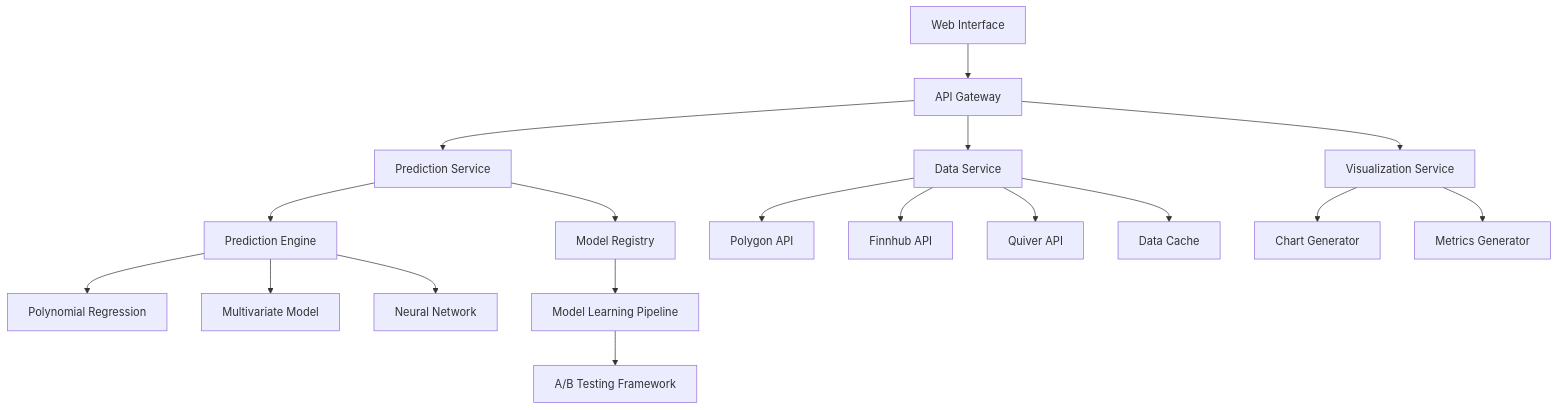
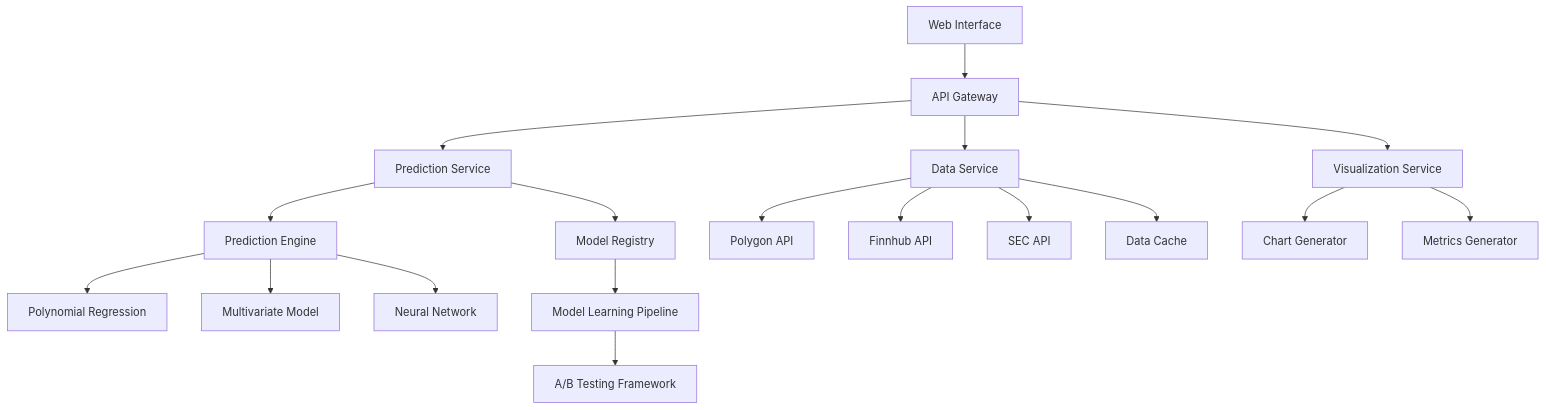
The diagram in .kiro/specs/stock-price-predictor/design.md (Dpope32/ANFA), drawn with Mermaid before and after one commit. The commit also changed other lines of this file and 14 other files, not shown here.

Commit message:
Refactor: Update Docker configurations and documentation to replace Quiver API with SEC API; adjust environment variables and health checks accordingly.

````diff
--- a/.kiro/specs/stock-price-predictor/design.md
+++ b/.kiro/specs/stock-price-predictor/design.md
@@ -17,25 +17,25 @@
 ```mermaid
 graph TB
     UI[Web Interface] --> API[API Gateway]
     API --> PS[Prediction Service]
     API --> DS[Data Service]
     API --> VS[Visualization Service]
 
     PS --> MR[Model Registry]
     PS --> PE[Prediction Engine]
 
     DS --> PG[Polygon API]
     DS --> FH[Finnhub API]
-    DS --> QV[Quiver API]
+    DS --> SA[SEC API]
     DS --> DC[Data Cache]
 
     PE --> PR[Polynomial Regression]
     PE --> MV[Multivariate Model]
     PE --> NN[Neural Network]
 
     VS --> CG[Chart Generator]
     VS --> MG[Metrics Generator]
 
     MR --> ML[Model Learning Pipeline]
     ML --> AB[A/B Testing Framework]
 ```
````
